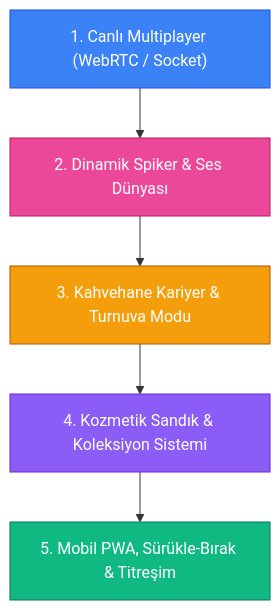
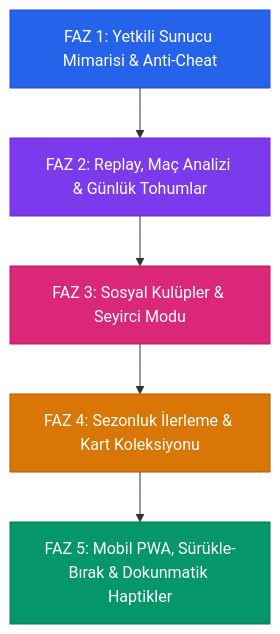
One commit to AdoQeT/peeshtee changed the diagram in ROADMAP.md. Above: the diagram before and after it, drawn with Mermaid. The commit also changed other lines of this file and 12 other files, not shown here.

````diff
--- a/ROADMAP.md
+++ b/ROADMAP.md
@@ -24,13 +35,13 @@
 ```mermaid
 flowchart TD
-    M1["1. Canlı Multiplayer (WebRTC / Socket)"] --> M2["2. Dinamik Spiker & Ses Dünyası"]
-    M2 --> M3["3. Kahvehane Kariyer & Turnuva Modu"]
-    M3 --> M4["4. Kozmetik Sandık & Koleksiyon Sistemi"]
-    M4 --> M5["5. Mobil PWA, Sürükle-Bırak & Titreşim"]
+    F1["FAZ 1: Yetkili Sunucu Mimarisi & Anti-Cheat"] --> F2["FAZ 2: Replay, Maç Analizi & Günlük Tohumlar"]
+    F2 --> F3["FAZ 3: Sosyal Kulüpler & Seyirci Modu"]
+    F3 --> F4["FAZ 4: Sezonluk İlerleme & Kart Koleksiyonu"]
+    F4 --> F5["FAZ 5: Mobil PWA, Sürükle-Bırak & Dokunmatik Haptikler"]
 
-    style M1 fill:#3b82f6,stroke:#1d4ed8,color:#fff
-    style M2 fill:#ec4899,stroke:#be185d,color:#fff
-    style M3 fill:#f59e0b,stroke:#b45309,color:#fff
-    style M4 fill:#8b5cf6,stroke:#6d28d9,color:#fff
-    style M5 fill:#10b981,stroke:#047857,color:#fff
+    style F1 fill:#2563eb,stroke:#1d4ed8,color:#fff
+    style F2 fill:#7c3aed,stroke:#6d28d9,color:#fff
+    style F3 fill:#db2777,stroke:#be185d,color:#fff
+    style F4 fill:#d97706,stroke:#b45309,color:#fff
+    style F5 fill:#059669,stroke:#047857,color:#fff
 ```
````
